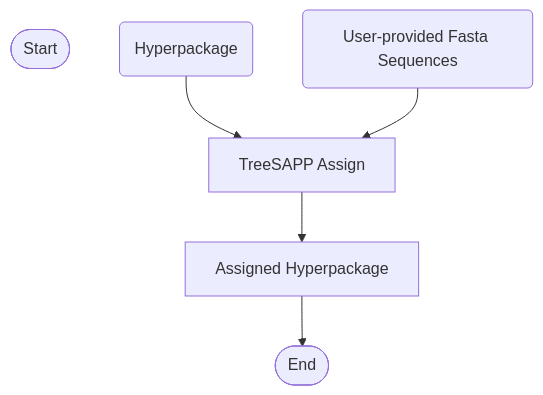
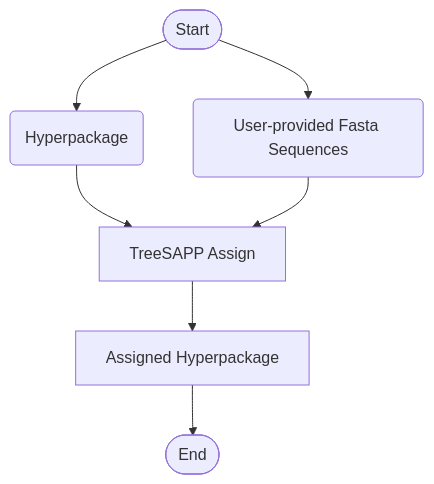
Before and after one commit to RyloByte/TS-Capstone-2025: the second of 2 diagrams in README.md, drawn with Mermaid.

Commit message:
Fixed mermaid diagram

````diff
--- a/README.md
+++ b/README.md
@@ -49,10 +49,10 @@
 ```mermaid
 flowchart TD
     A([Start])
-    B(Hyperpackage)
-    C(User-provided Fasta Sequences)
+    A-->B(Hyperpackage)
+    A-->C(User-provided Fasta Sequences)
     B-->D[TreeSAPP Assign]
     C-->D[TreeSAPP Assign]
     D-->E[Assigned Hyperpackage]
     E-->F([End])
 ```
````
